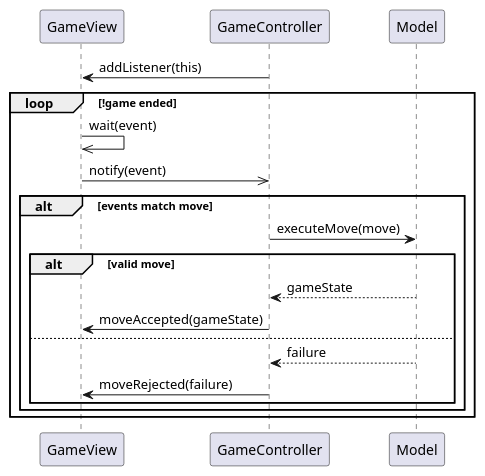
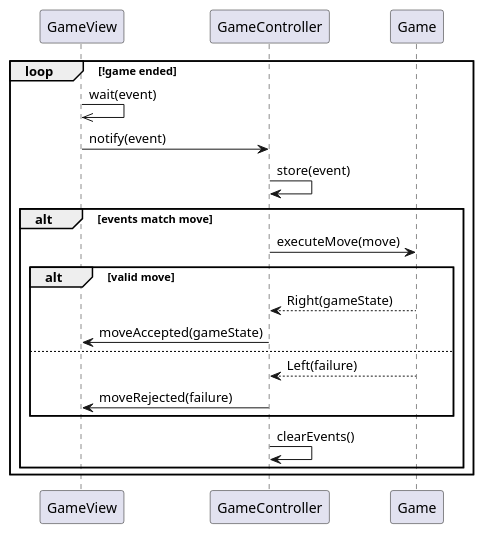
Before and after one commit to francescodente/PPS-19-s-bags: the diagram in doc/modeling/architecture/gui_sequence.plantuml, drawn with PlantUML. The commit also changed 3 other files, not shown here.

Commit message:
docs: update UML diagrams to reflect new changes

```diff
--- a/doc/modeling/architecture/gui_sequence.plantuml
+++ b/doc/modeling/architecture/gui_sequence.plantuml
@@ -1,27 +1,25 @@
 @startuml gui_sequence
 
 participant GameView as V
 participant GameController as C
-participant Model as M
+participant Game as M
 
 'skinparam BoxPadding 2
 
-C -> V: addListener(this)
-
 loop !game ended
     V ->> V: wait(event)
-    V ->> C: notify(event)
+    V -> C: notify(event)
+    C -> C: store(event)
     alt events match move
         C -> M: executeMove(move)
         alt valid move
-            M --> C: gameState
-
+            M --> C: Right(gameState)
             C -> V: moveAccepted(gameState)
         else
-            M --> C: failure
-
+            M --> C: Left(failure)
             C -> V: moveRejected(failure)
         end
+        C -> C: clearEvents()
     end
 end 
 @enduml
```
